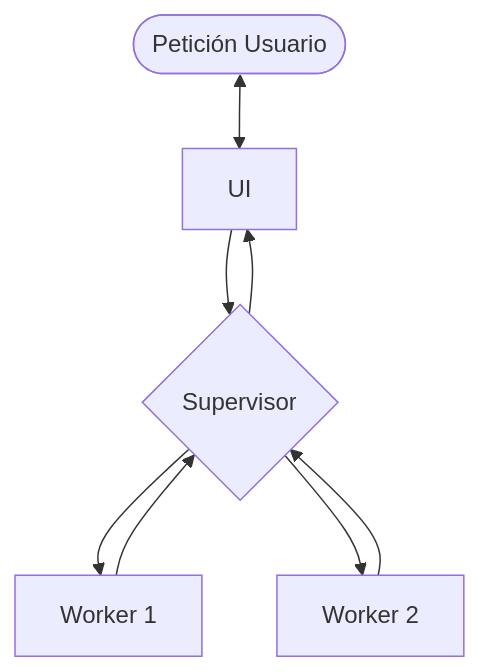
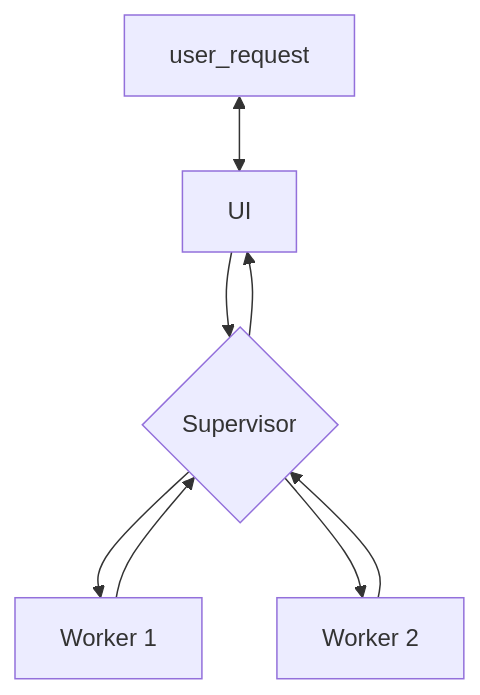
One commit to yemauricio/swarm_local_agents changed the diagram in README.md. Above: the diagram before and after it, drawn with Mermaid.

````diff
--- a/README.md
+++ b/README.md
@@ -23,10 +23,10 @@
 ```mermaid
 flowchart TD
-    user_request([Petición Usuario]) <--> UI 
+    user_request <--> UI 
     UI --> supervisor{Supervisor}
     supervisor --> worker_1[Worker 1]
     worker_1 --> supervisor
     supervisor --> worker_2[Worker 2]
     worker_2 --> supervisor
     supervisor --> UI
 ```
````
